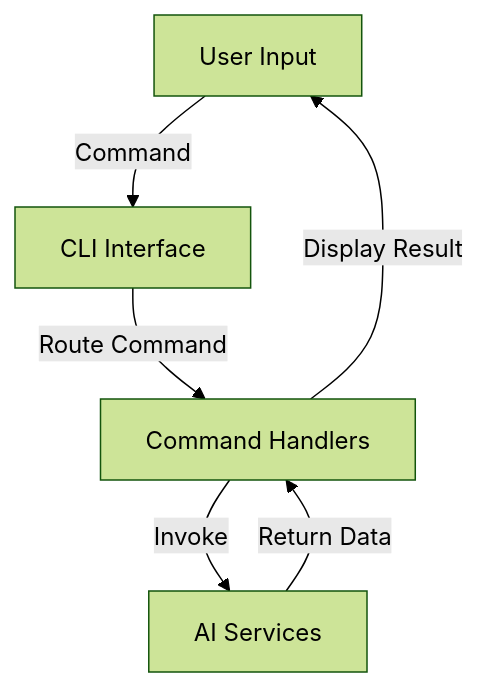
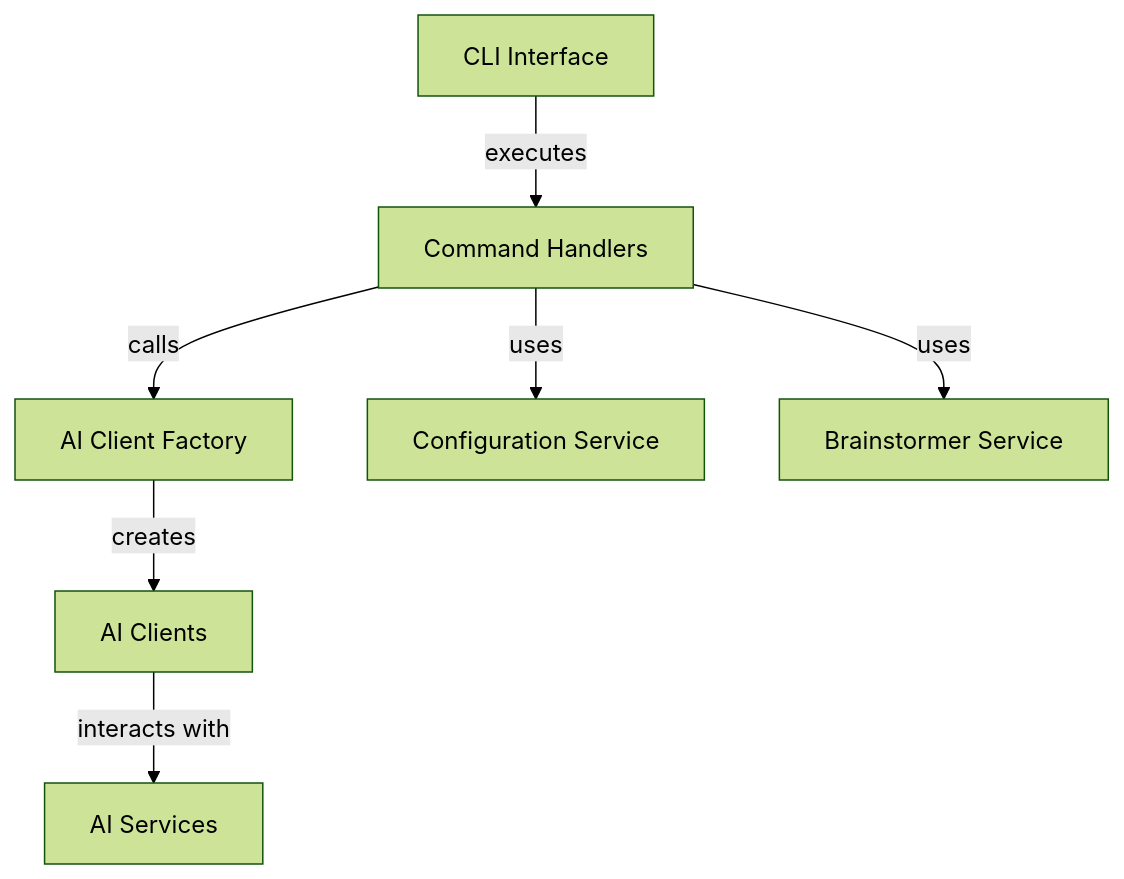
The first of 3 diagrams in docs/architecture.md (geogoesbeepboop/refiner), drawn with Mermaid (forest theme) before and after one commit. The commit also changed other lines of this file and 5 other files, not shown here.

````diff
--- a/docs/architecture.md
+++ b/docs/architecture.md
@@ -37,8 +28,9 @@
 ```mermaid
 graph TD;
-    A[User Input] -->|Command| B[CLI Interface]
-    B -->|Route Command| C[Command Handlers]
-    C -->|Invoke| D[AI Services]
-    D -->|Return Data| C
-    C -->|Display Result| A
+    A[CLI Interface] -->|executes| B[Command Handlers]
+    B -->|calls| C[AI Client Factory]
+    C -->|creates| D[AI Clients]
+    D -->|interacts with| E[AI Services]
+    B -->|uses| F[Configuration Service]
+    B -->|uses| G[Brainstormer Service]
 ```
````
